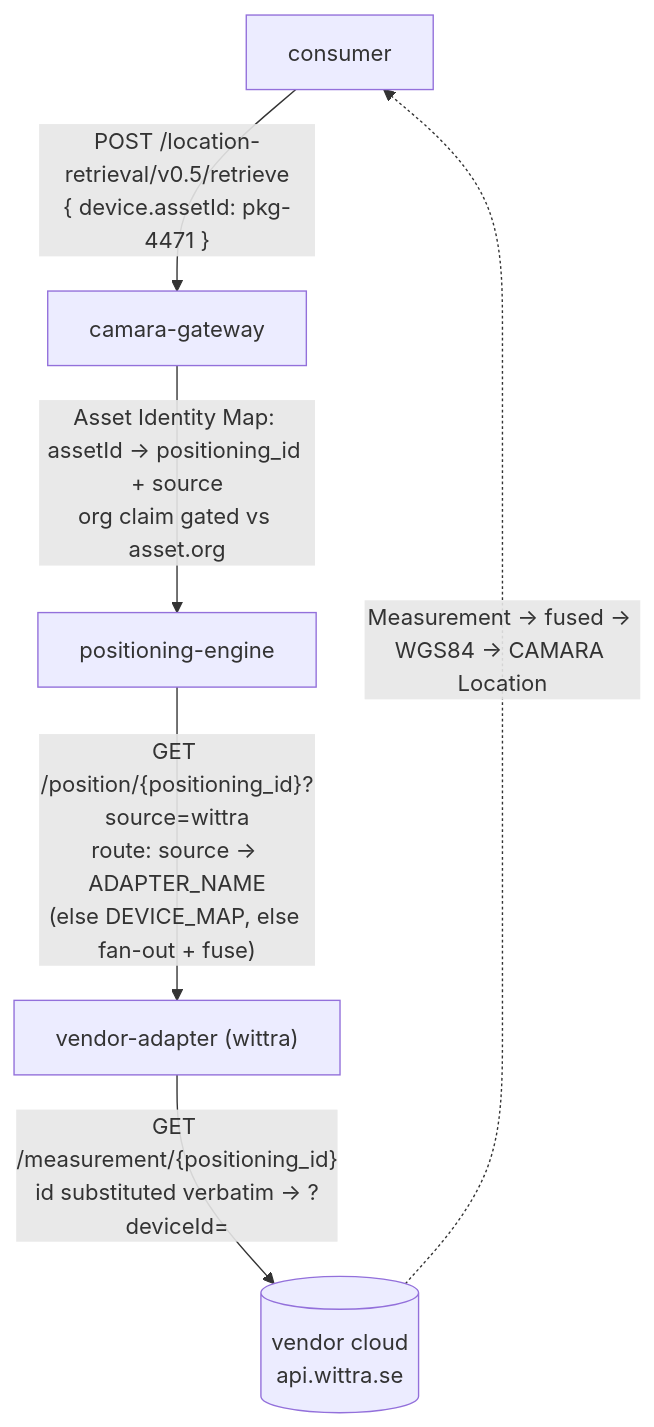
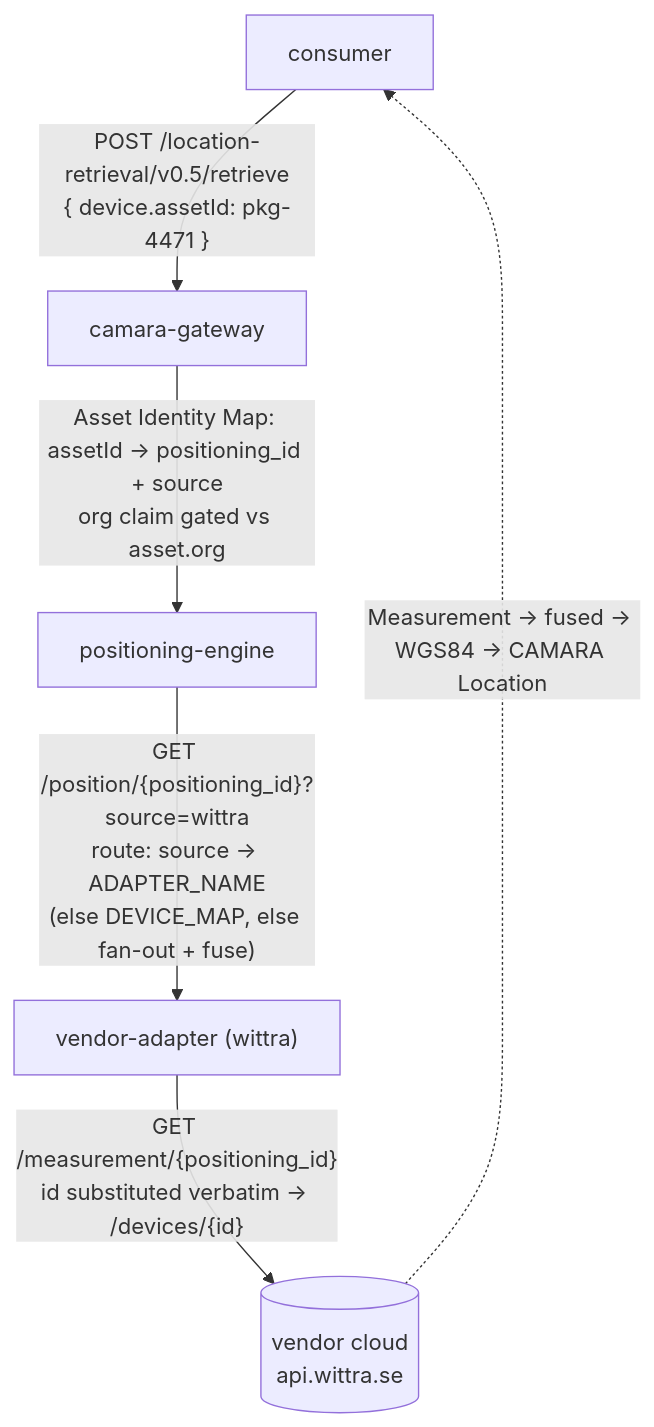
The second of 2 diagrams in docs/integrating-a-vendor-rest-api.md (Jacobbista/5g-northbound), drawn with Mermaid before and after one commit.

Commit message:
docs: update identity mermaid to the current-fix endpoint path

````diff
--- a/docs/integrating-a-vendor-rest-api.md
+++ b/docs/integrating-a-vendor-rest-api.md
@@ -33,8 +33,8 @@
 ```mermaid
 flowchart TD
     C["consumer"] -->|"POST /location-retrieval/v0.5/retrieve<br/>{ device.assetId: pkg-4471 }"| GW["camara-gateway"]
     GW -->|"Asset Identity Map: assetId → positioning_id + source<br/>org claim gated vs asset.org"| ENG["positioning-engine"]
     ENG -->|"GET /position/{positioning_id}?source=wittra<br/>route: source → ADAPTER_NAME<br/>(else DEVICE_MAP, else fan-out + fuse)"| RA["vendor-adapter (wittra)"]
-    RA -->|"GET /measurement/{positioning_id}<br/>id substituted verbatim → ?deviceId="| V[("vendor cloud<br/>api.wittra.se")]
+    RA -->|"GET /measurement/{positioning_id}<br/>id substituted verbatim → /devices/{id}"| V[("vendor cloud<br/>api.wittra.se")]
     V -.->|"Measurement → fused → WGS84 → CAMARA Location"| C
 ```
````
